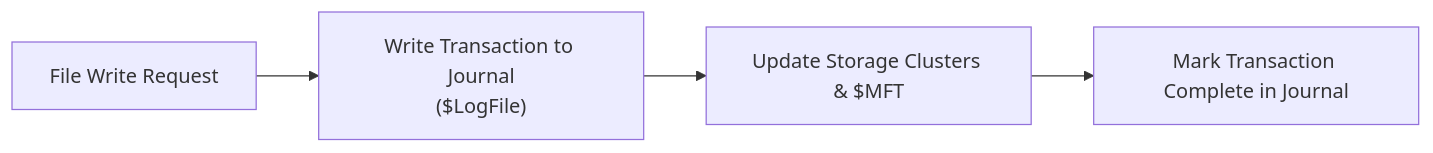
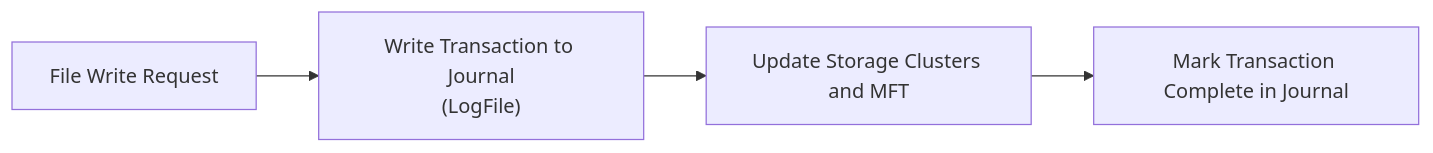
One commit to Kashif-Mashi/Blue-Team-Handbook changed the fifth of 10 diagrams in Windows/Fundamentals/Chapter 03 — Windows File System & File Explorer.md. Above: the diagram before and after it, drawn with Mermaid. The commit also changed other lines of this file and 1 other file, not shown here.

````diff
--- a/Windows/Fundamentals/Chapter 03 — Windows File System & File Explorer.md
+++ b/Windows/Fundamentals/Chapter 03 — Windows File System & File Explorer.md
@@ -260,6 +260,6 @@
 ```mermaid
 flowchart LR
-    WriteReq["File Write Request"] --> LogWriter["Write Transaction to Journal<br/>($LogFile)"]
-    LogWriter --> DiskUpdate["Update Storage Clusters & $MFT"]
+    WriteReq["File Write Request"] --> LogWriter["Write Transaction to Journal<br>(LogFile)"]
+    LogWriter --> DiskUpdate["Update Storage Clusters and MFT"]
     DiskUpdate --> LogCommit["Mark Transaction Complete in Journal"]
 ```
````
